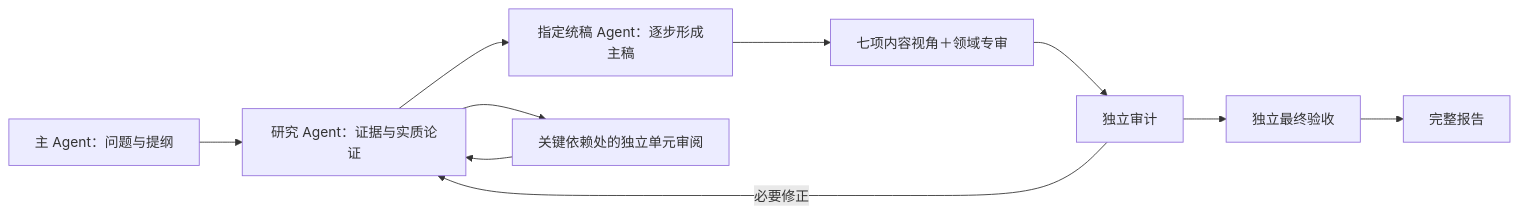
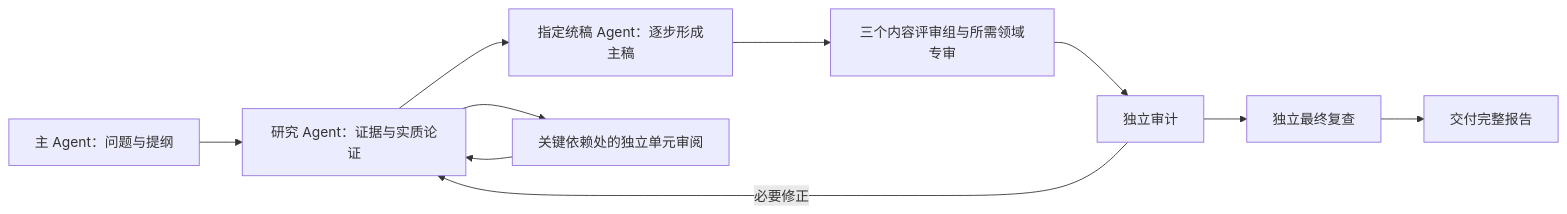
The diagram in README.zh-CN.md (rrrrrredy/research-toolkit), drawn with Mermaid before and after one commit. The commit also changed other lines of this file and 100 other files, not shown here.

````diff
--- a/README.zh-CN.md
+++ b/README.zh-CN.md
@@ -26,12 +28,12 @@
 ```mermaid
 flowchart LR
   L[主 Agent：问题与提纲] --> R[研究 Agent：证据与实质论证]
   R --> W[指定统稿 Agent：逐步形成主稿]
   R --> U[关键依赖处的独立单元审阅]
   U --> R
-  W --> V[七项内容视角＋领域专审]
+  W --> V[三个内容评审组与所需领域专审]
   V --> A[独立审计]
-  A --> F[独立最终验收]
+  A --> F[独立最终复查]
   A -->|必要修正| R
-  F --> D[完整报告]
+  F --> D[交付完整报告]
 ```
````
